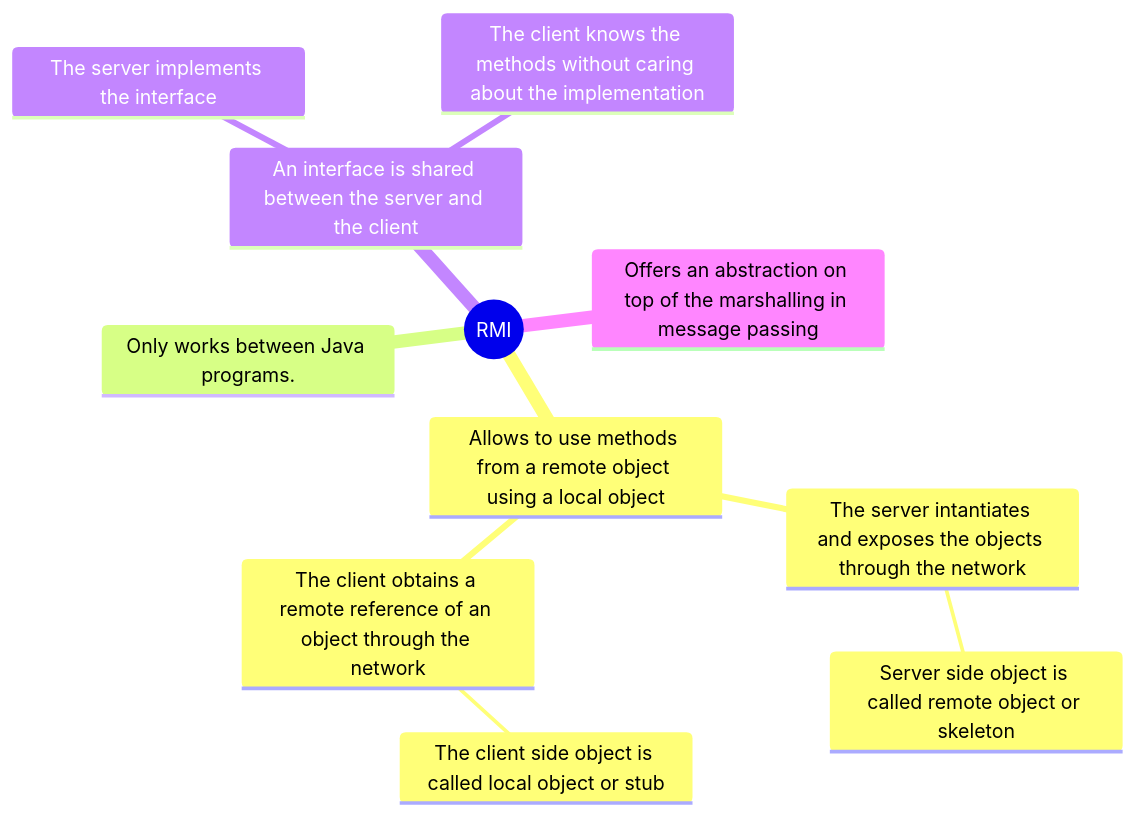
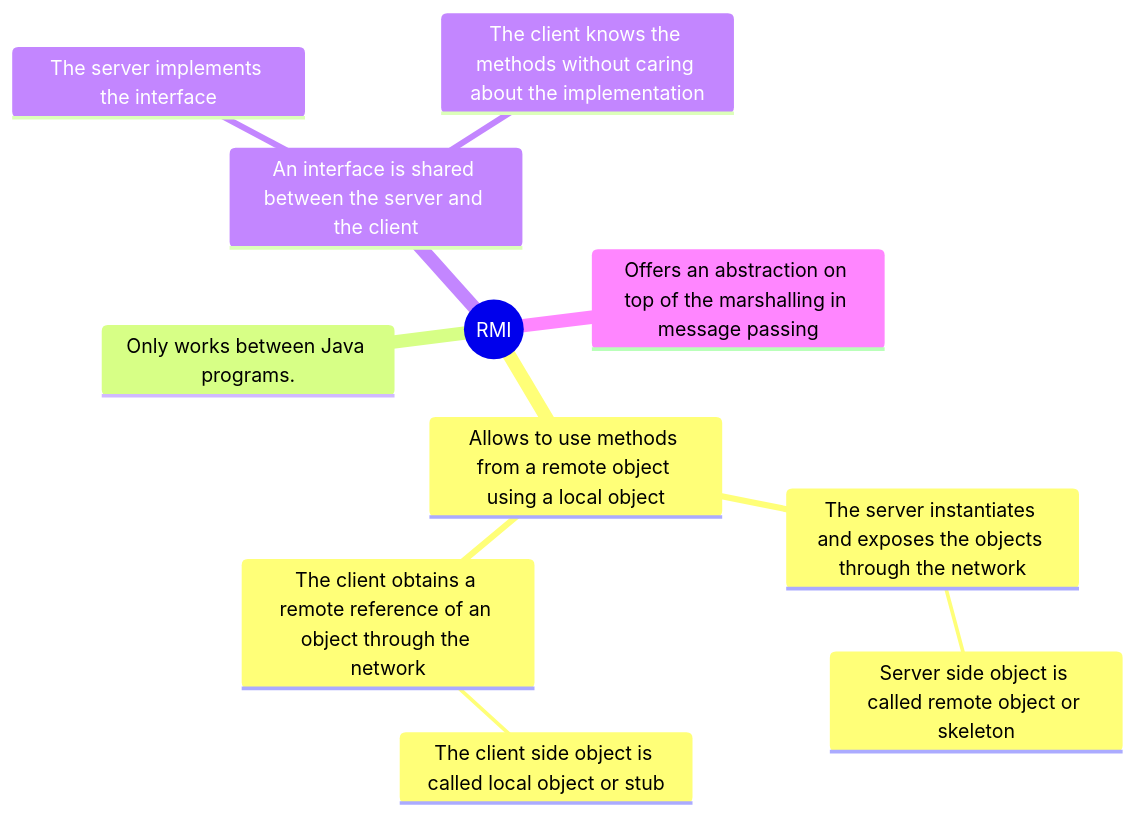
Before and after one commit to PedroChaparro/distributed-systems-subject: the diagram in mindmaps/rmi.md, drawn with Mermaid. The commit also changed 2 other files, not shown here.

Commit message:
docs: Fix typos

````diff
--- a/mindmaps/rmi.md
+++ b/mindmaps/rmi.md
@@ -1,17 +1,17 @@
 ```mermaid
 mindmap
   root((RMI))
     Allows to use methods from a remote object using a local object
-        The server intantiates and exposes the objects through the network
+        The server instantiates and exposes the objects through the network
             Server side object is called remote object or skeleton
         The client obtains a remote reference of an object through the network
             The client side object is called local object or stub
-    
+
     Only works between Java programs.
 
     An interface is shared between the server and the client
         The server implements the interface
         The client knows the methods without caring about the implementation
 
     Offers an abstraction on top of the marshalling in message passing
 ```
````
